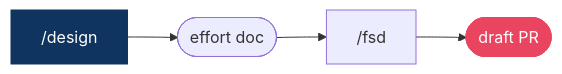
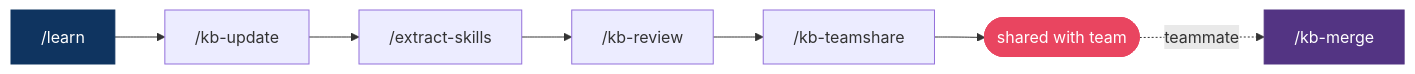
Before and after one commit to anels/nase: the fifth of 7 diagrams in README.md, drawn with Mermaid. The commit also changed other lines of this file, not shown here.

First line of the commit message:
docs(readme): update use cases section and improve flowcharts (#41)

````diff
--- a/README.md
+++ b/README.md
@@ -187,6 +233,12 @@
 ```mermaid
 flowchart LR
-    A["/design"] --> B(["effort doc"]) --> C["/fsd"] --> D(["draft PR"])
+    A["/learn"] --> B["/kb-update"]
+    B --> C["/extract-skills"]
+    C --> D["/kb-review"]
+    D --> E["/kb-teamshare"]
+    E --> F(["shared with team"])
+    F -.->|teammate| G["/kb-merge"]
     style A fill:#0f3460,stroke:#0f3460,color:#fff
-    style D fill:#e94560,stroke:#e94560,color:#fff
+    style F fill:#e94560,stroke:#e94560,color:#fff
+    style G fill:#533483,stroke:#533483,color:#fff
 ```
````
